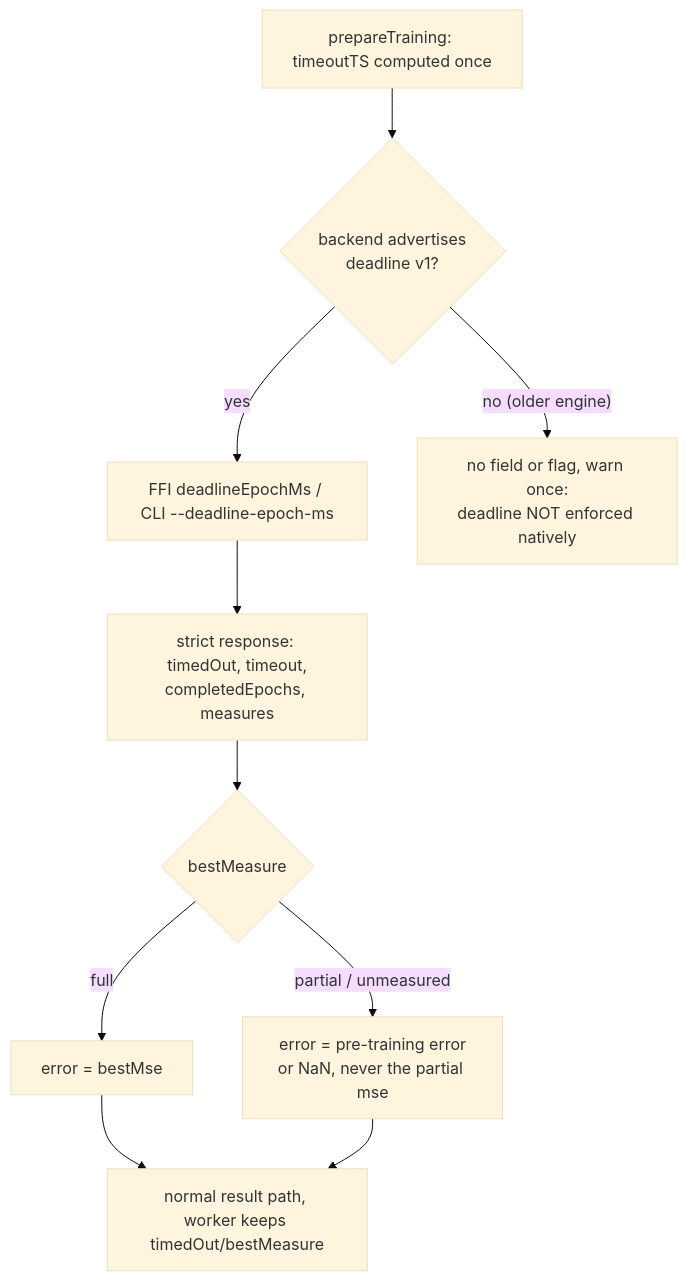
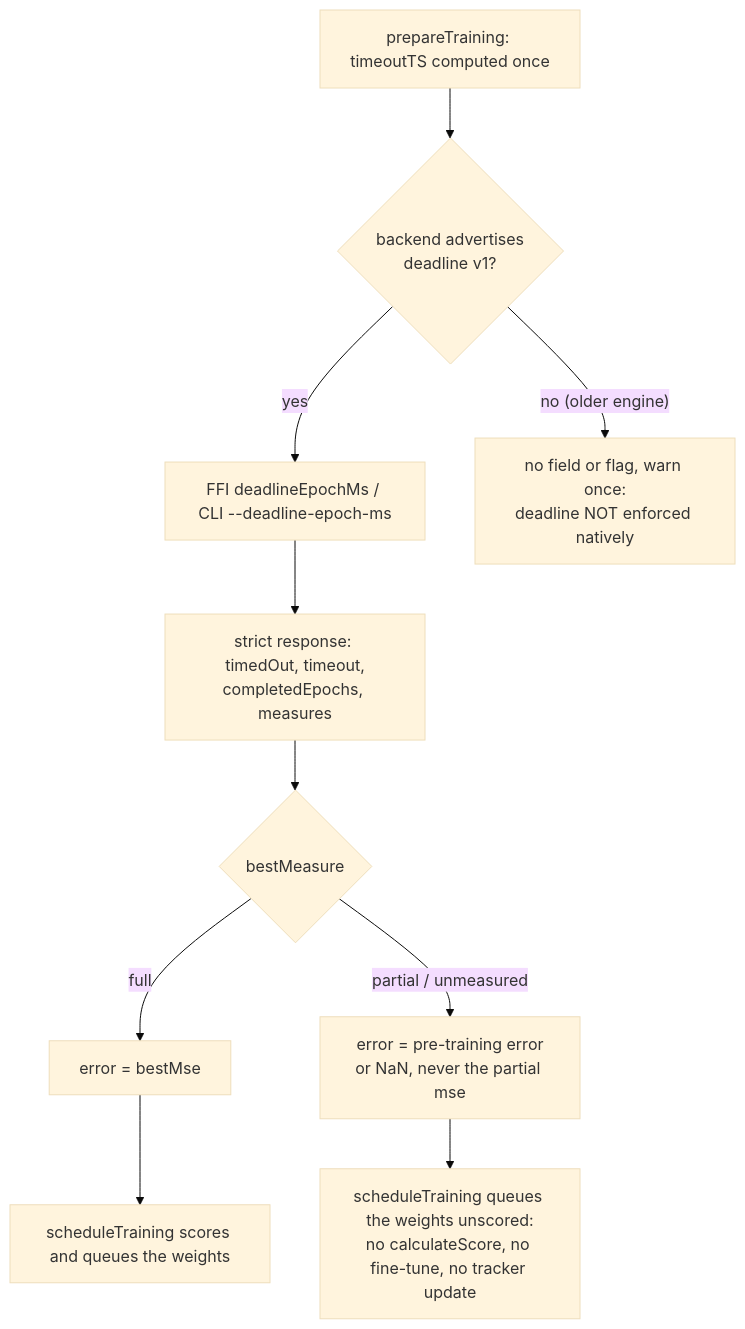
The diagram in docs/archive/pr-summaries/pr-summary-4119.md (stSoftwareAU/NEAT-AI), drawn with Mermaid (base theme) before and after one commit. The commit also changed other lines of this file, not shown here.

Commit message:
Update the PR summary for the unscored-weights, finalisation and script-test changes (Issue #4119)

````diff
--- a/docs/archive/pr-summaries/pr-summary-4119.md
+++ b/docs/archive/pr-summaries/pr-summary-4119.md
@@ -16,12 +17,12 @@
 ```mermaid
 flowchart TD
     S["prepareTraining: timeoutTS computed once"] --> P{"backend advertises<br/>deadline v1?"}
     P -- "yes" --> F["FFI deadlineEpochMs / CLI --deadline-epoch-ms"]
     P -- "no (older engine)" --> W["no field or flag, warn once:<br/>deadline NOT enforced natively"]
     F --> R["strict response: timedOut, timeout,<br/>completedEpochs, measures"]
     R --> M{"bestMeasure"}
     M -- "full" --> E1["error = bestMse"]
     M -- "partial / unmeasured" --> E2["error = pre-training error<br/>or NaN, never the partial mse"]
-    E1 --> N["normal result path, worker keeps timedOut/bestMeasure"]
-    E2 --> N
+    E1 --> N["scheduleTraining scores and queues the weights"]
+    E2 --> U["scheduleTraining queues the weights unscored:<br/>no calculateScore, no fine-tune, no tracker update"]
 ```
````
